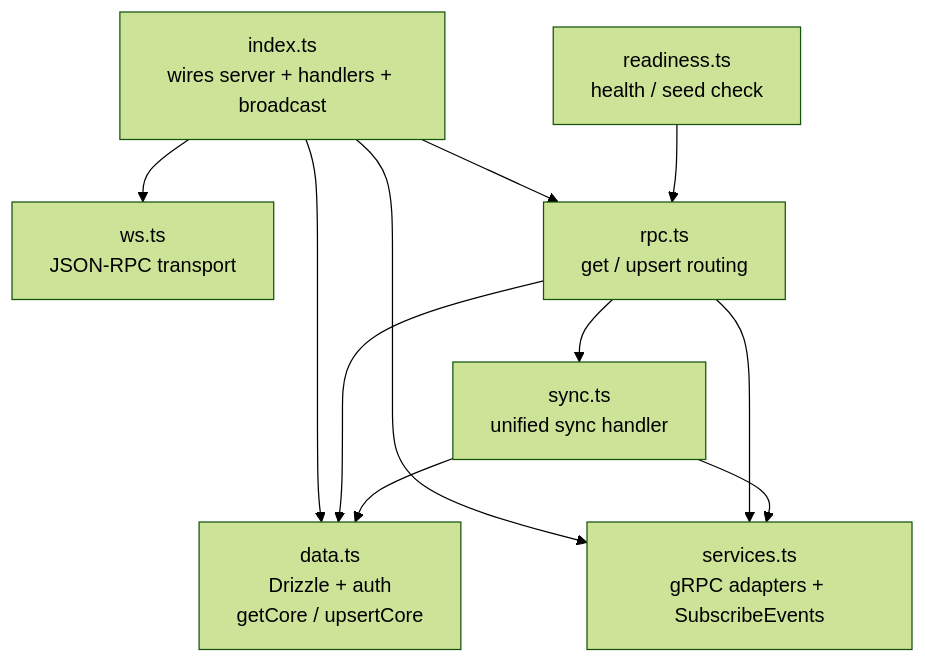
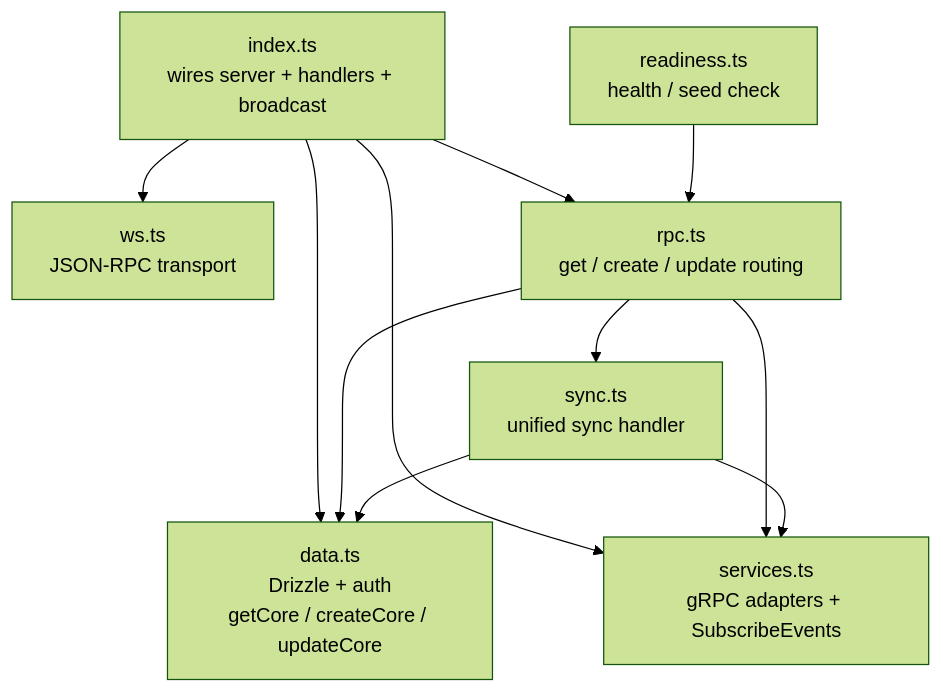
The third of 3 diagrams in api/README.md (EVY-Platform/evy), drawn with Mermaid (forest theme) before and after one commit. The commit also changed other lines of this file and 59 other files, not shown here.

Commit message:
feat/split upsert into create and updaate (#192)

````diff
--- a/api/README.md
+++ b/api/README.md
@@ -94,21 +94,21 @@
 ```mermaid
 flowchart TD
     index[index.ts<br/>wires server + handlers + broadcast]
     ws[ws.ts<br/>JSON-RPC transport]
-    rpc[rpc.ts<br/>get / upsert routing]
-    data[data.ts<br/>Drizzle + auth<br/>getCore / upsertCore]
+    rpc[rpc.ts<br/>get / create / update routing]
+    data[data.ts<br/>Drizzle + auth<br/>getCore / createCore / updateCore]
     services[services.ts<br/>gRPC adapters + SubscribeEvents]
     sync[sync.ts<br/>unified sync handler]
     readiness[readiness.ts<br/>health / seed check]
 
     index --> ws
     index --> rpc
     index --> data
     index --> services
     rpc --> data
     rpc --> services
     rpc --> sync
     sync --> data
     sync --> services
     readiness --> rpc
 ```
````
